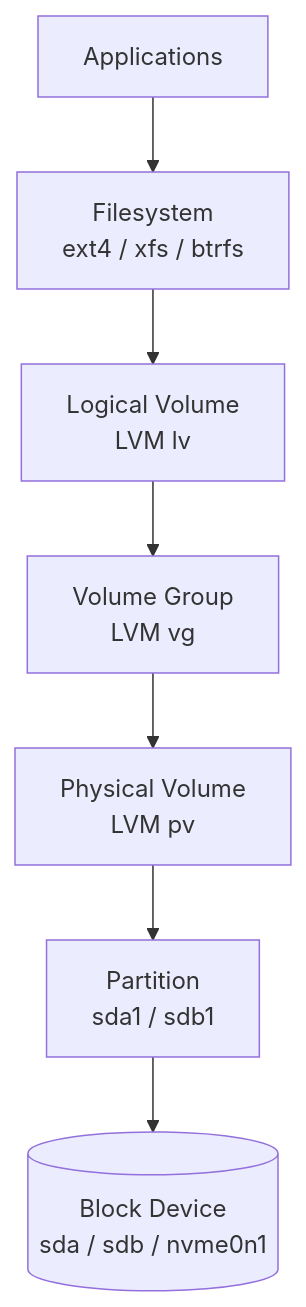
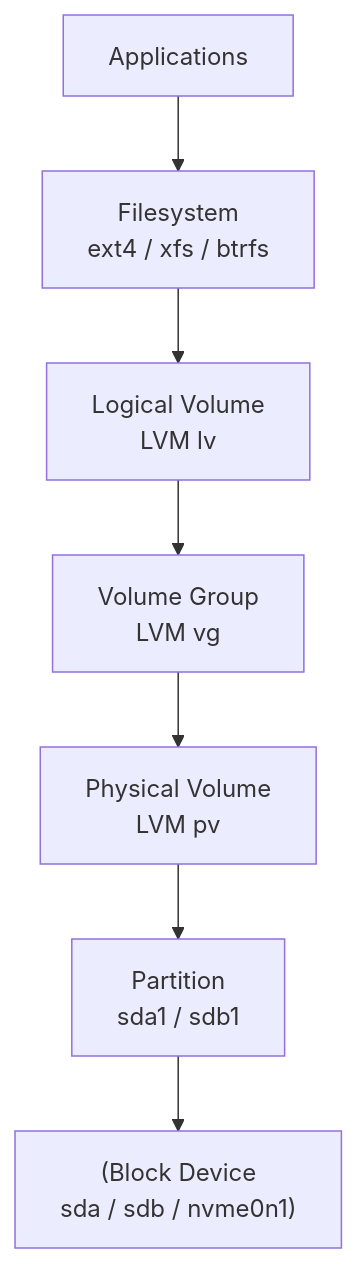
One commit to srinivaskona7/devops-learning changed the diagram in 01-linux/09-storage-disks/README.md. Above: the diagram before and after it, drawn with Mermaid. The commit also changed 220 other files, not shown here.

````diff
--- a/01-linux/09-storage-disks/README.md
+++ b/01-linux/09-storage-disks/README.md
@@ -16,9 +16,9 @@
 ```mermaid
 flowchart TB
-    APP[Applications] --> FS[Filesystem<br/>ext4 / xfs / btrfs]
-    FS --> LV[Logical Volume<br/>LVM lv]
-    LV --> VG[Volume Group<br/>LVM vg]
-    VG --> PV[Physical Volume<br/>LVM pv]
-    PV --> PART[Partition<br/>sda1 / sdb1]
-    PART --> DISK[(Block Device<br/>sda / sdb / nvme0n1)]
+    APP[Applications] --> FS["Filesystem<br/>ext4 / xfs / btrfs"]
+    FS --> LV["Logical Volume<br/>LVM lv"]
+    LV --> VG["Volume Group<br/>LVM vg"]
+    VG --> PV["Physical Volume<br/>LVM pv"]
+    PV --> PART["Partition<br/>sda1 / sdb1"]
+    PART --> DISK["(Block Device<br/>sda / sdb / nvme0n1)"]
 ```
````
